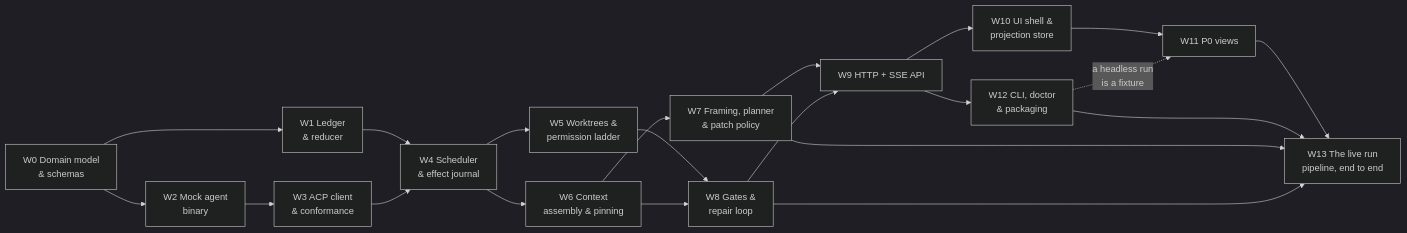
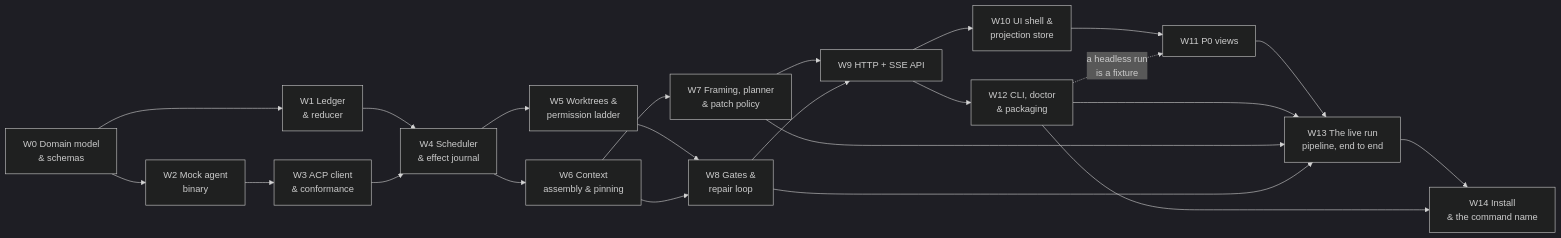
One commit to zohresalimi/dynamic-workflows changed the diagram in docs/17-roadmap.md. Above: the diagram before and after it, drawn with Mermaid (dark theme). The commit also changed other lines of this file and 4 other files, not shown here.

````diff
--- a/docs/17-roadmap.md
+++ b/docs/17-roadmap.md
@@ -239,23 +239,25 @@
 ```mermaid
 graph LR
   W0[W0 Domain model<br/>& schemas] --> W1[W1 Ledger<br/>& reducer]
   W0 --> W2[W2 Mock agent<br/>binary]
   W1 --> W4[W4 Scheduler<br/>& effect journal]
   W2 --> W3[W3 ACP client<br/>& conformance]
   W3 --> W4
   W4 --> W5[W5 Worktrees &<br/>permission ladder]
   W4 --> W6[W6 Context<br/>assembly & pinning]
   W5 --> W8[W8 Gates &<br/>repair loop]
   W6 --> W7[W7 Framing, planner<br/>& patch policy]
   W6 --> W8
   W7 --> W9[W9 HTTP + SSE API]
   W8 --> W9
   W9 --> W10[W10 UI shell &<br/>projection store]
   W10 --> W11[W11 P0 views]
   W9 --> W12[W12 CLI, doctor<br/>& packaging]
   W12 -.->|a headless run<br/>is a fixture| W11
   W11 --> W13[W13 The live run<br/>pipeline, end to end]
   W12 --> W13
   W7 --> W13
   W8 --> W13
+  W13 --> W14[W14 Install<br/>& the command name]
+  W12 --> W14
 ```
````
